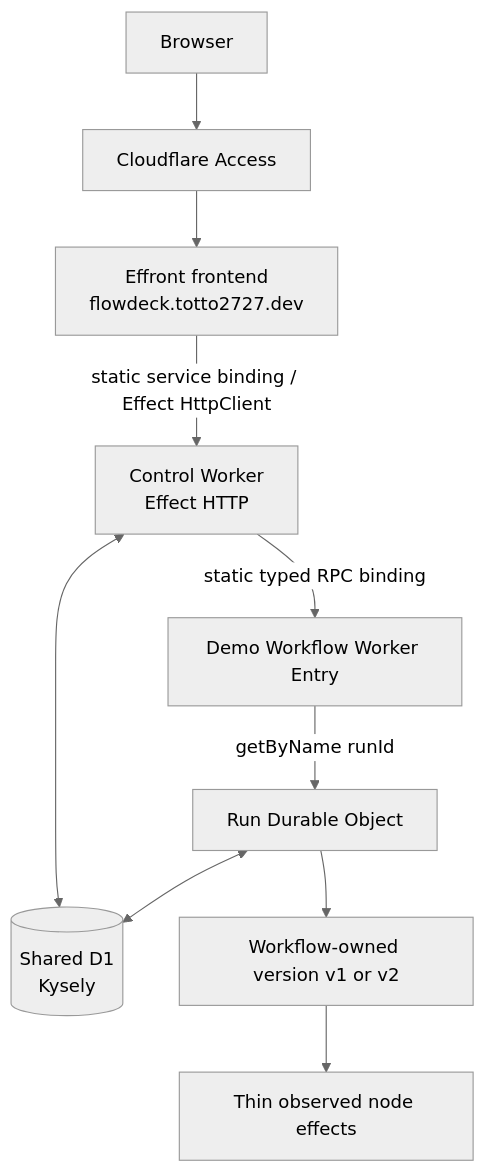
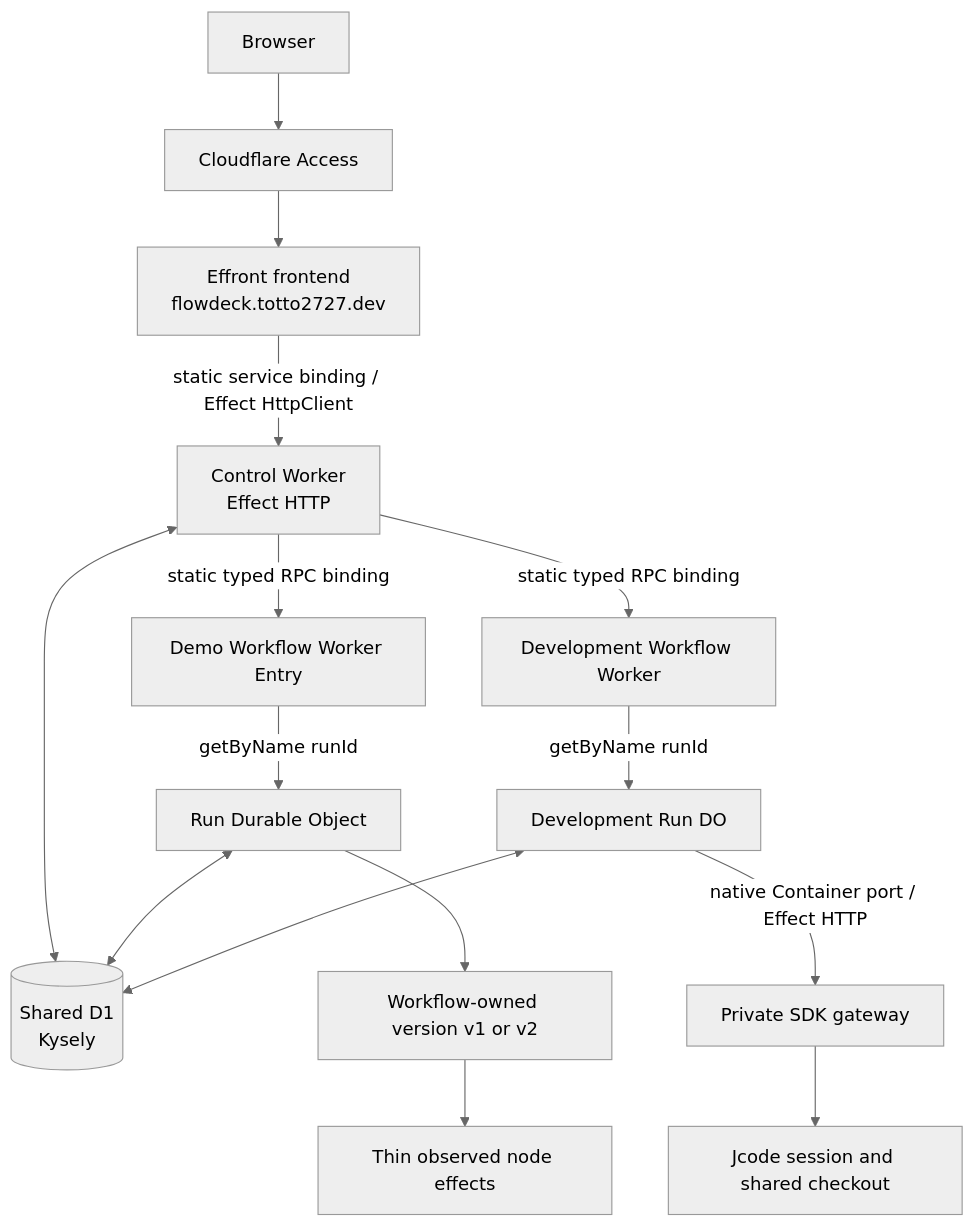
One commit to totto2727-org/flowdeck changed the first of 2 diagrams in docs/architecture.md. Above: the diagram before and after it, drawn with Mermaid (neutral theme). The commit also changed other lines of this file and 34 other files, not shown here.

Commit message:
feat: integrate persistent Jcode development sandbox

````diff
--- a/docs/architecture.md
+++ b/docs/architecture.md
@@ -9,12 +9,17 @@
 ```mermaid
 flowchart TB
   Browser[Browser] --> Access[Cloudflare Access]
   Access --> Web[Effront frontend\nflowdeck.totto2727.dev]
   Web -->|static service binding / Effect HttpClient| API[Control Worker\nEffect HTTP]
   API -->|static typed RPC binding| Entry[Demo Workflow Worker Entry]
   Entry -->|getByName runId| Run[Run Durable Object]
   API <--> DB[(Shared D1\nKysely)]
   Run <--> DB
   Run --> V[Workflow-owned version v1 or v2]
+  API -->|static typed RPC binding| Development[Development Workflow Worker]
+  Development -->|getByName runId| DevelopmentRun[Development Run DO]
+  DevelopmentRun <--> DB
+  DevelopmentRun -->|native Container port / Effect HTTP| Gateway[Private SDK gateway]
+  Gateway --> Session[Jcode session and shared checkout]
   V --> N[Thin observed node effects]
 ```
````
